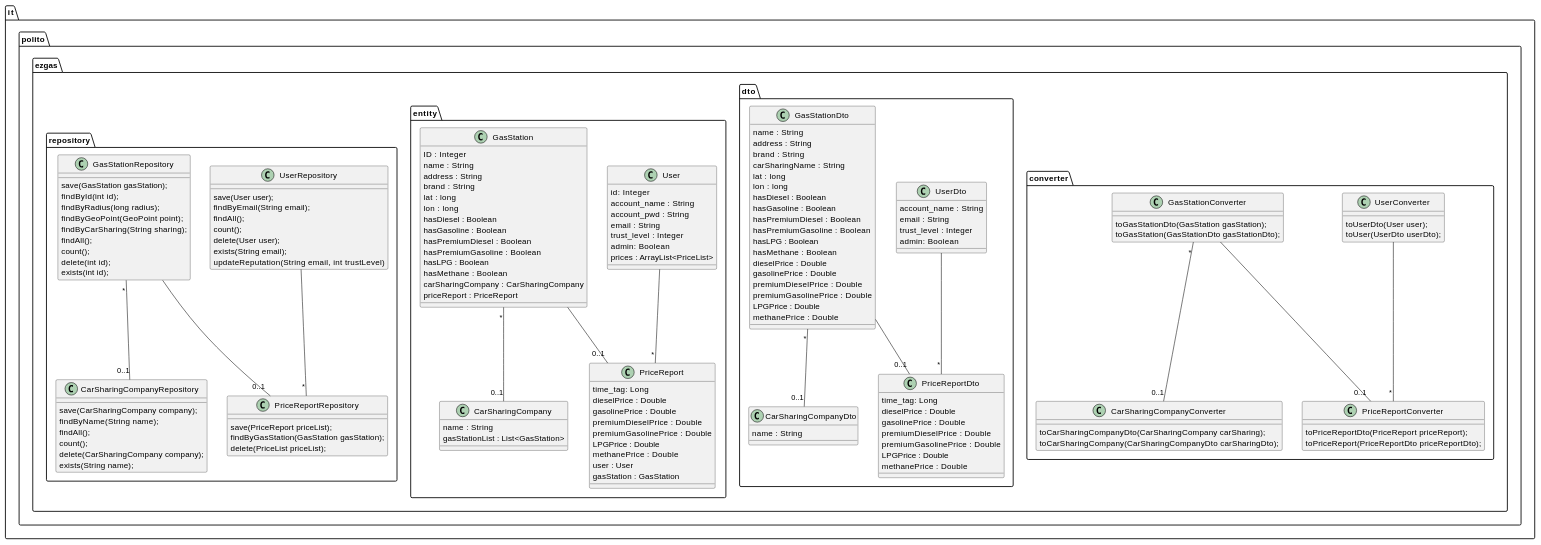
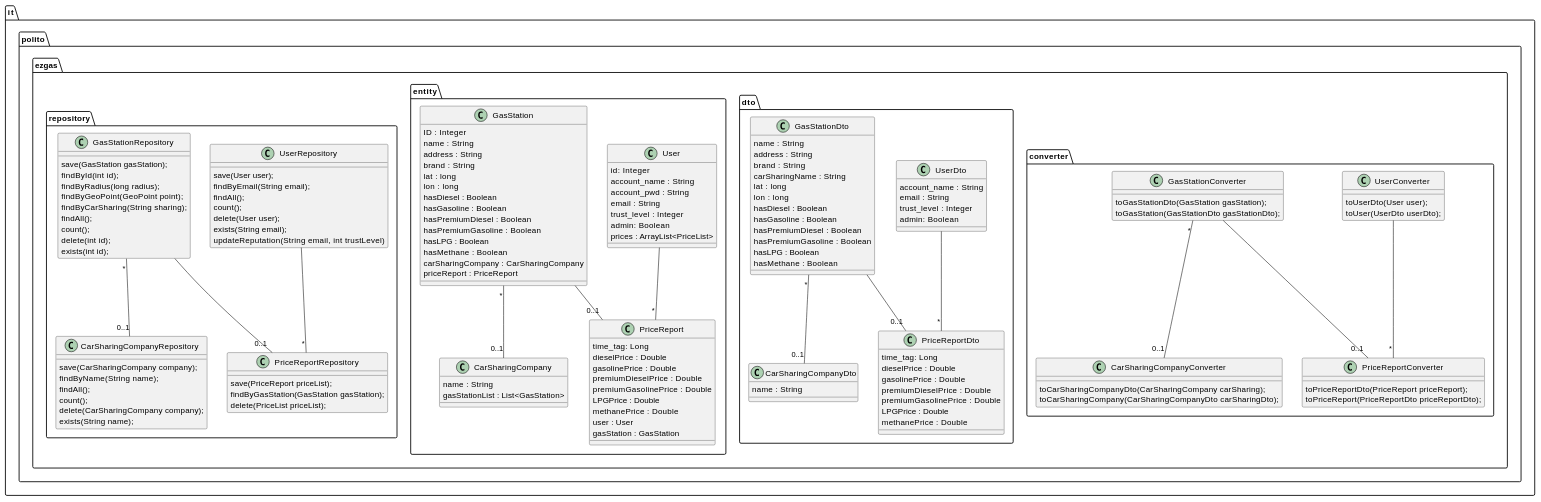
The fourth of 8 diagrams in docs/DesignDocument.md (peppep97/se1), drawn with PlantUML before and after one commit. The commit also changed other lines of this file, not shown here.

Commit message:
fix: uml relationships

```diff
--- a/docs/DesignDocument.md
+++ b/docs/DesignDocument.md
@@ -272,12 +276,6 @@
  hasPremiumGasoline : Boolean
  hasLPG : Boolean
  hasMethane : Boolean
- dieselPrice : Double
- gasolinePrice : Double
- premiumDieselPrice : Double
- premiumGasolinePrice : Double
- LPGPrice : Double
- methanePrice : Double
 }
 
 class CarSharingCompanyDto {
```
